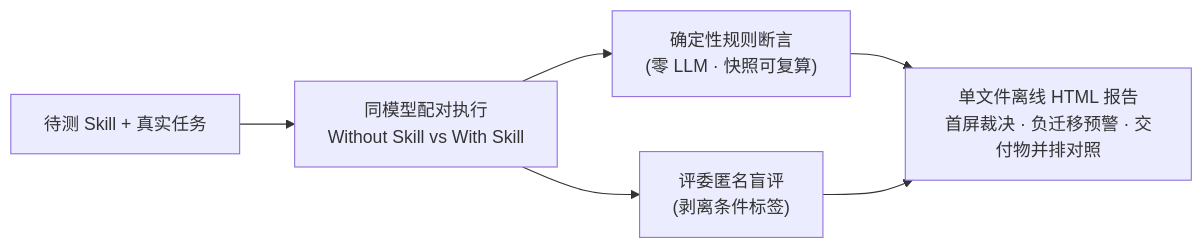
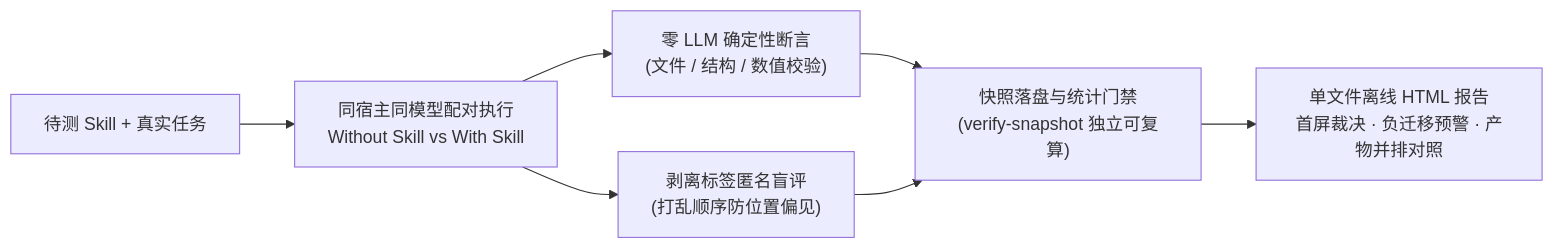
Before and after one commit to dylanma8232-art/daming-skillgain: the diagram in README.md, drawn with Mermaid. The commit also changed other lines of this file and 7 other files, not shown here.

````diff
--- a/README.md
+++ b/README.md
@@ -120,8 +118,9 @@
 ```mermaid
 flowchart LR
-    A["待测 Skill + 真实任务"] --> B["同模型配对执行<br/>Without Skill vs With Skill"]
-    B --> C["确定性规则断言<br/>(零 LLM · 快照可复算)"]
-    B --> D["评委匿名盲评<br/>(剥离条件标签)"]
-    C --> E["单文件离线 HTML 报告<br/>首屏裁决 · 负迁移预警 · 交付物并排对照"]
+    A["待测 Skill + 真实任务"] --> B["同宿主同模型配对执行<br/>Without Skill vs With Skill"]
+    B --> C["零 LLM 确定性断言<br/>(文件 / 结构 / 数值校验)"]
+    B --> D["剥离标签匿名盲评<br/>(打乱顺序防位置偏见)"]
+    C --> E["快照落盘与统计门禁<br/>(verify-snapshot 独立可复算)"]
     D --> E
+    E --> F["单文件离线 HTML 报告<br/>首屏裁决 · 负迁移预警 · 产物并排对照"]
 ```
````
